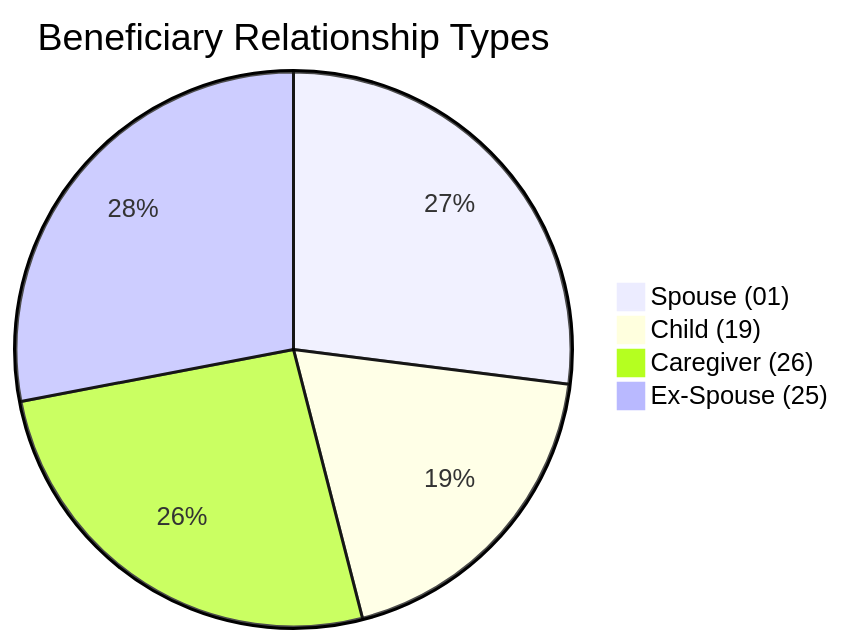
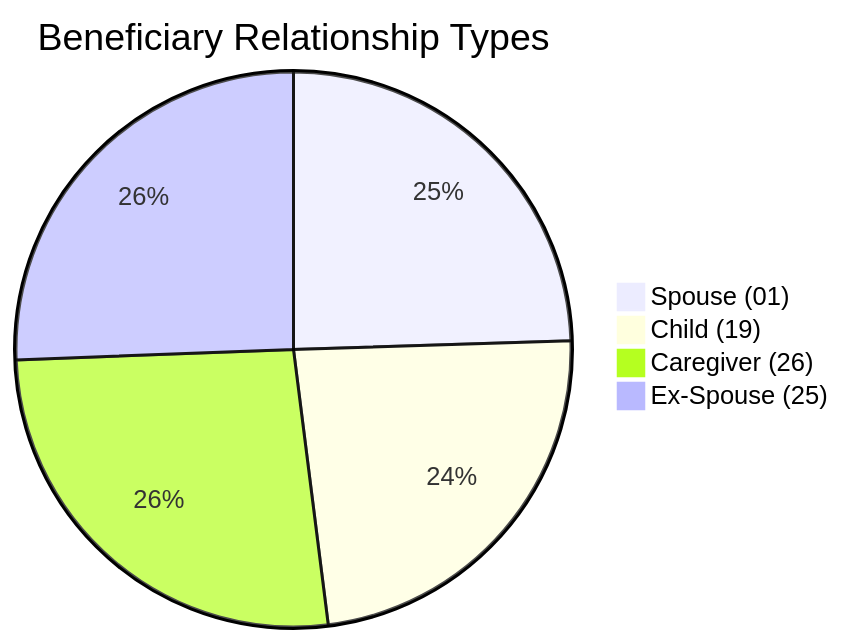
Before and after one commit to dhagan-va/intern-2025: the eighth of 10 diagrams in test-tools/DataGen/src/Statistics_Visualizer.md, drawn with Mermaid. The commit also changed other lines of this file and 3 other files, not shown here.

````diff
--- a/test-tools/DataGen/src/Statistics_Visualizer.md
+++ b/test-tools/DataGen/src/Statistics_Visualizer.md
@@ -86,7 +86,7 @@
 ```mermaid
 pie title Beneficiary Relationship Types
-    "Spouse (01)" : 27
-    "Child (19)" : 19
-    "Caregiver (26)" : 26
-    "Ex-Spouse (25)" : 28
+    "Spouse (01)" : 245
+    "Child (19)" : 235
+    "Caregiver (26)" : 264
+    "Ex-Spouse (25)" : 256
 ```
````
